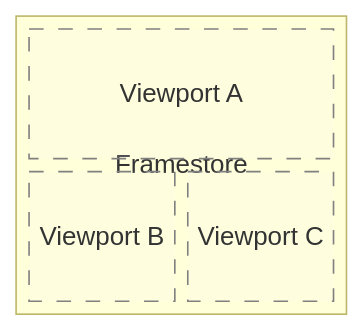
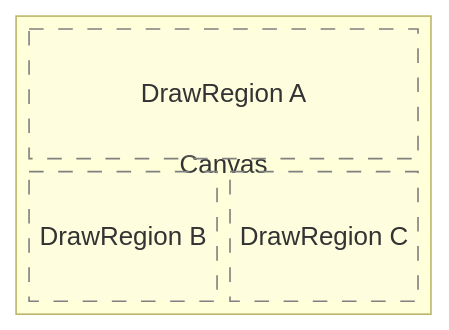
One commit to LMauricius/VitraeDocs changed the first of 3 diagrams in Docs/100_Engine_overview/FrameRendering.md. Above: the diagram before and after it, drawn with Mermaid (forest theme). The commit also changed other lines of this file, not shown here.

Commit message:
Renames for Render canvas

````diff
--- a/Docs/100_Engine_overview/FrameRendering.md
+++ b/Docs/100_Engine_overview/FrameRendering.md
@@ -20,14 +22,14 @@
 ```mermaid
 block-beta
-    block:F["Framestore"]
+    block:F["Canvas"]
         columns 2
-        A["\nViewport A\n\n"]:2
-        B["\nViewport B\n\n"]:1
-        C["\nViewport C\n\n"]:1
+        A["\nDrawRegion A\n\n"]:2
+        B["\nDrawRegion B\n\n"]:1
+        C["\nDrawRegion C\n\n"]:1
     end
 
-    class A,B,C vpStyle
-    class F fsStyle
-    classDef fsStyle fill:yellow,fill-opacity:0.15,stroke:darkkhaki;
-    classDef vpStyle fill:ghostwhite,fill-opacity:0.15,stroke:gray,stroke-dasharray:9;
+    class A,B,C daStyle
+    class F canvasStyle
+    classDef canvasStyle fill:yellow,fill-opacity:0.15,stroke:darkkhaki;
+    classDef daStyle fill:ghostwhite,fill-opacity:0.15,stroke:gray,stroke-dasharray:9;
 ```
````
